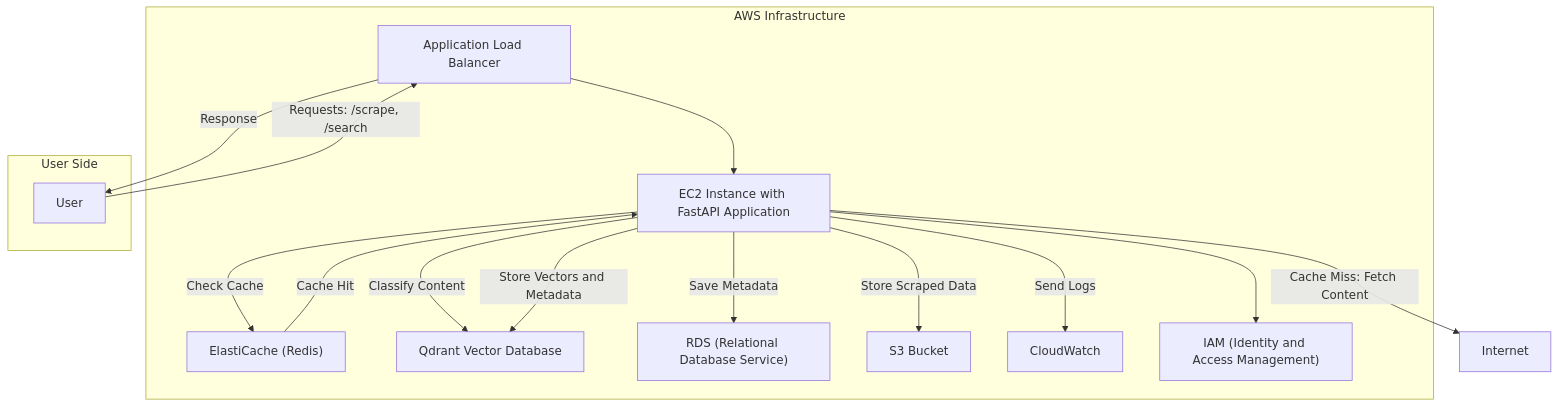
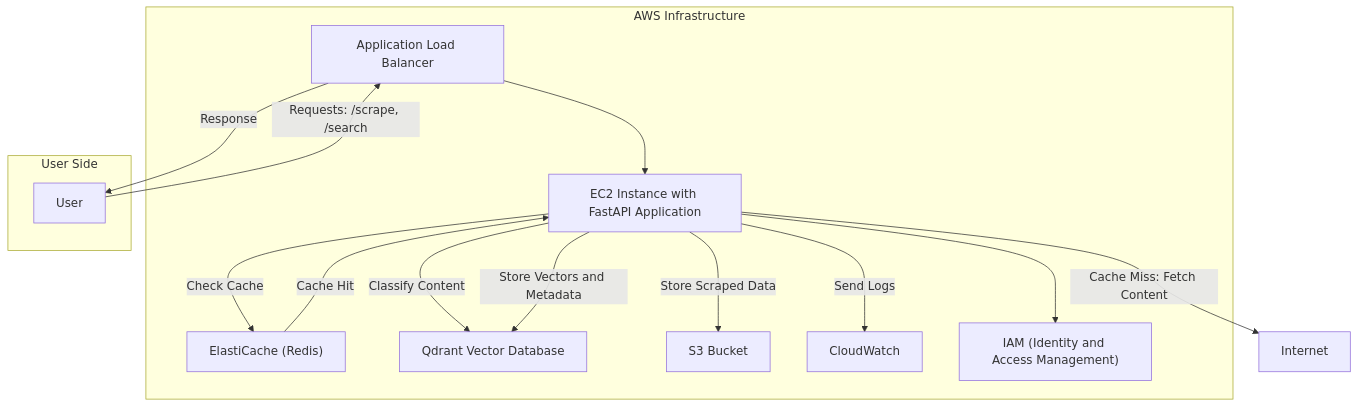
One commit to roy2392/webclassify changed the diagram in README.md. Above: the diagram before and after it, drawn with Mermaid. The commit also changed other lines of this file, not shown here.

````diff
--- a/README.md
+++ b/README.md
@@ -219,30 +218,28 @@
 ```mermaid
 flowchart TB
     subgraph AWS_Infrastructure["AWS Infrastructure"]
         ALB["Application Load Balancer"]
         EC2["EC2 Instance with FastAPI Application"]
         Cache["ElastiCache (Redis)"]
         Qdrant["Qdrant Vector Database"]
-        RDS["RDS (Relational Database Service)"]
         S3["S3 Bucket"]
         CloudWatch["CloudWatch"]
         IAM["IAM (Identity and Access Management)"]
     end
     
     subgraph User_Side["User Side"]
         User["User"]
     end
     
     User -->|Requests: /scrape, /search| ALB
     ALB --> EC2
     EC2 -->|Check Cache| Cache
     Cache -->|Cache Hit| EC2
     EC2 -->|Cache Miss: Fetch Content| Internet
     EC2 -->|Store Scraped Data| S3
     EC2 -->|Classify Content| Qdrant
     EC2 -->|Store Vectors and Metadata| Qdrant
-    EC2 -->|Save Metadata| RDS
     EC2 -->|Send Logs| CloudWatch
     EC2 --> IAM
     ALB -->|Response| User
 ```
````
